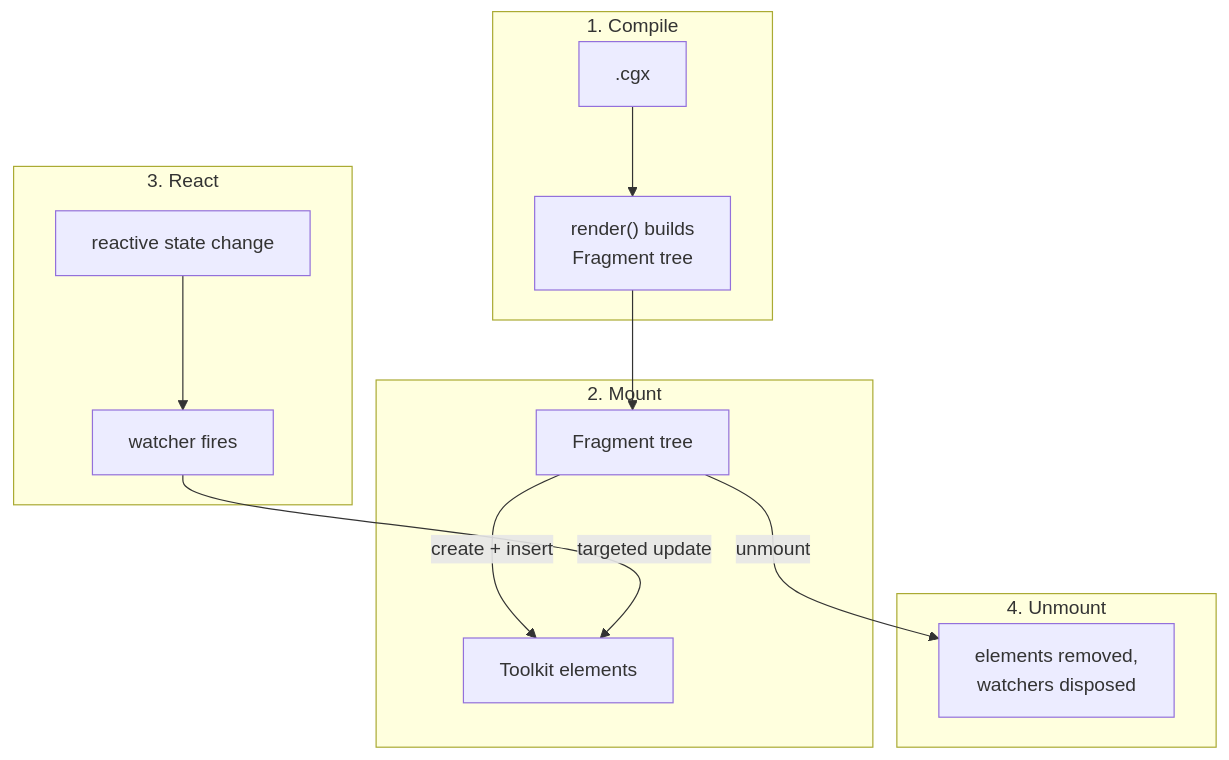
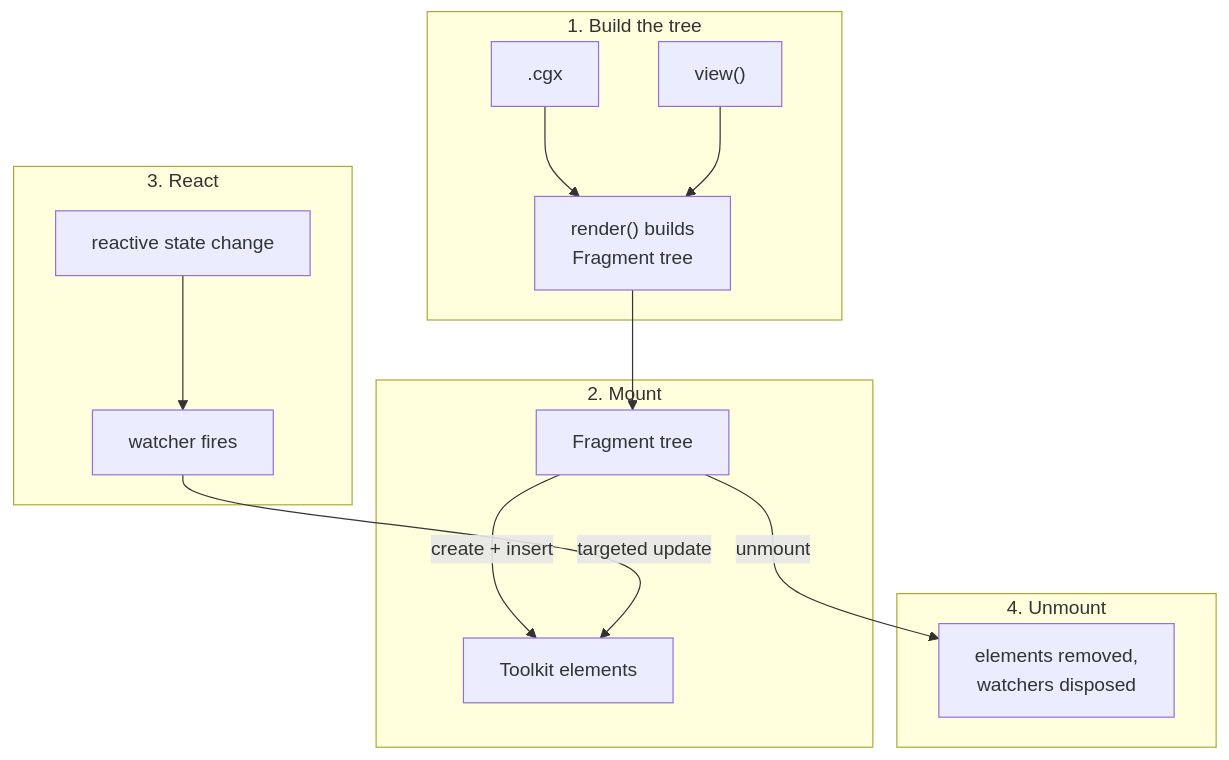
Before and after one commit to fork-tongue/collagraph: the ninth of 9 diagrams in docs/internals/architecture.md, drawn with Mermaid. The commit also changed other lines of this file and 19 other files, not shown here.

````diff
--- a/docs/internals/architecture.md
+++ b/docs/internals/architecture.md
@@ -423,17 +458,18 @@
 ```mermaid
 flowchart TD
-    subgraph compile ["1. Compile"]
+    subgraph compile ["1. Build the tree"]
         CGX[".cgx"] --> RENDER["render() builds<br/>Fragment tree"]
+        VIEW["view()"] --> RENDER
     end
     subgraph mount ["2. Mount"]
         RENDER --> FT["Fragment tree"]
         FT -->|create + insert| EL["Toolkit elements"]
     end
     subgraph react ["3. React"]
         STATE["reactive state change"] --> WATCH["watcher fires"]
         WATCH -->|targeted update| EL
     end
     subgraph unmount ["4. Unmount"]
         FT -->|unmount| GONE["elements removed,<br/>watchers disposed"]
     end
 ```
````
